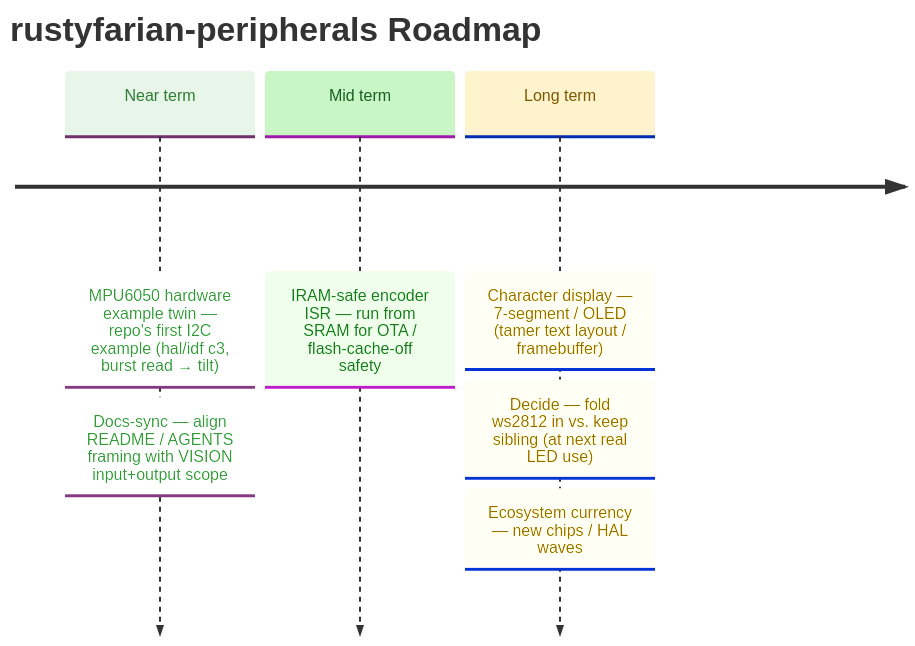
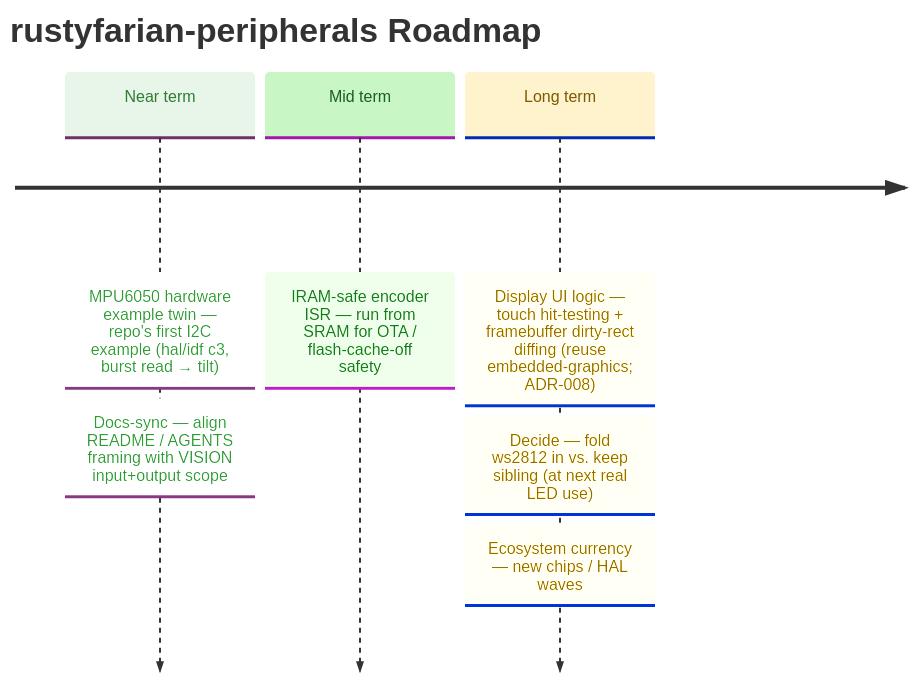
Before and after one commit to datenkollektiv/rustyfarian-peripherals: the diagram in docs/ROADMAP.md, drawn with Mermaid. The commit also changed other lines of this file and 2 other files, not shown here.

Commit message:
Add ADR-008: Define `display` scope — reuse `embedded-graphics`, focus on pure UI logic

````diff
--- a/docs/ROADMAP.md
+++ b/docs/ROADMAP.md
@@ -19,27 +19,27 @@
 ```mermaid
 %%{init: {
   "theme": "base",
   "themeVariables": {
     "cScale0": "#e8f5e9",
     "cScaleLabel0": "#2e7d32",
     "cScale1": "#c8f7c5",
     "cScaleLabel1": "#1b5e20",
     "cScale2": "#fff3cd",
     "cScaleLabel2": "#7a5a00",
     "cScale3": "#e3f2fd",
     "cScaleLabel3": "#0d47a1"
   }
 }}%%
 
 timeline
     title rustyfarian-peripherals Roadmap
 
     Near term : MPU6050 hardware example twin — repo's first I2C example (hal/idf c3, burst read → tilt)
               : Docs-sync — align README / AGENTS framing with VISION input+output scope
 
     Mid term  : IRAM-safe encoder ISR — run from SRAM for OTA / flash-cache-off safety
 
-    Long term : Character display — 7-segment / OLED (tamer text layout / framebuffer)
+    Long term : Display UI logic — touch hit-testing + framebuffer dirty-rect diffing (reuse embedded-graphics; ADR-008)
               : Decide — fold ws2812 in vs. keep sibling (at next real LED use)
               : Ecosystem currency — new chips / HAL waves
 ```
````
